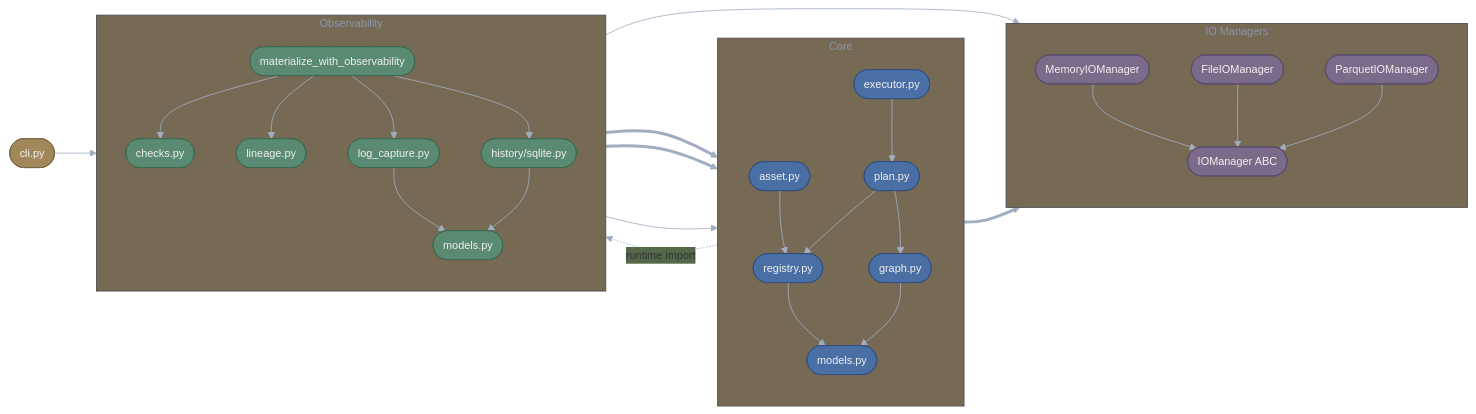
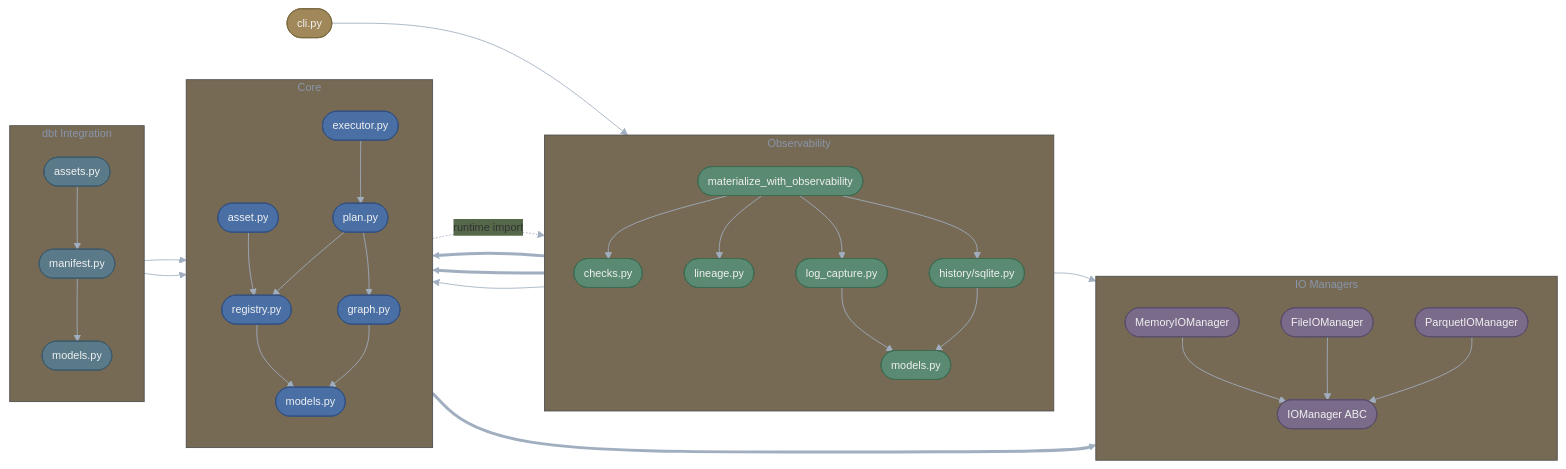
One commit to cooksterj/lattice changed the first of 5 diagrams in docs/core_architecture.md. Above: the diagram before and after it, drawn with Mermaid. The commit also changed other lines of this file, not shown here.

First line of the commit message:
docs: Add dbt integration section to core architecture

````diff
--- a/docs/core_architecture.md
+++ b/docs/core_architecture.md
@@ -759,64 +910,76 @@
 ```mermaid
 %%{init: {'theme': 'base', 'themeVariables': {'primaryColor': '#4a5568', 'lineColor': '#a0aec0', 'fontSize': '13px'}}}%%
 flowchart LR
     classDef core fill:#4a6fa5,stroke:#345080,color:#f0f0f0,rx:8,ry:8
     classDef io fill:#7b6b8a,stroke:#5a4d6b,color:#f0f0f0,rx:8,ry:8
     classDef obs fill:#5a8a72,stroke:#3d6b52,color:#f0f0f0,rx:8,ry:8
     classDef tool fill:#a0885a,stroke:#7a6840,color:#f0f0f0,rx:8,ry:8
+    classDef dbt fill:#5a7a8a,stroke:#3d5a6b,color:#f0f0f0,rx:8,ry:8
 
     subgraph CORE [" Core "]
         direction TB
         asset_mod(["asset.py"]):::core
         registry_mod(["registry.py"]):::core
         models_mod(["models.py"]):::core
         dep_graph(["graph.py"]):::core
         plan_mod(["plan.py"]):::core
         executor_mod(["executor.py"]):::core
 
         asset_mod --> registry_mod --> models_mod
         dep_graph --> models_mod
         plan_mod --> dep_graph
         plan_mod --> registry_mod
         executor_mod --> plan_mod
     end
 
     subgraph IOMGR [" IO Managers "]
         direction TB
         io_base(["IOManager ABC"]):::io
         io_memory(["MemoryIOManager"]):::io
         io_file(["FileIOManager"]):::io
         io_parquet(["ParquetIOManager"]):::io
 
         io_memory --> io_base
         io_file --> io_base
         io_parquet --> io_base
     end
 
     subgraph OBS [" Observability "]
         direction TB
         obs_init(["materialize_with_observability"]):::obs
         checks_mod(["checks.py"]):::obs
         lineage_mod(["lineage.py"]):::obs
         log_capture_mod(["log_capture.py"]):::obs
         obs_models_mod(["models.py"]):::obs
         history_mod(["history/sqlite.py"]):::obs
 
         obs_init --> checks_mod
         obs_init --> lineage_mod
         obs_init --> log_capture_mod
         obs_init --> history_mod
         log_capture_mod --> obs_models_mod
         history_mod --> obs_models_mod
     end
 
+    subgraph DBT [" dbt Integration "]
+        direction TB
+        dbt_assets_mod(["assets.py"]):::dbt
+        dbt_manifest_mod(["manifest.py"]):::dbt
+        dbt_models_mod(["models.py"]):::dbt
+
+        dbt_assets_mod --> dbt_manifest_mod --> dbt_models_mod
+    end
+
     cli_mod(["cli.py"]):::tool
 
     %% Cross-group edges
     executor_mod ==> io_base
     asset_mod -.->|"runtime import"| checks_mod
     obs_init ==> executor_mod
     obs_init ==> plan_mod
     lineage_mod --> io_base
     obs_models_mod --> executor_mod
     cli_mod --> history_mod
+    dbt_assets_mod --> registry_mod
+    dbt_assets_mod --> models_mod
 ```
````
